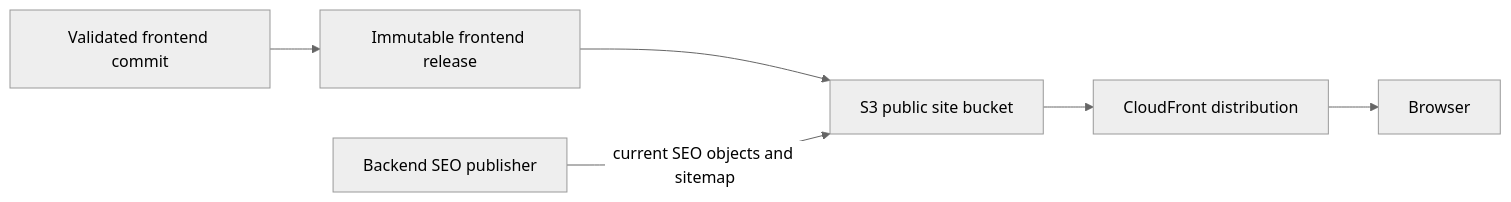
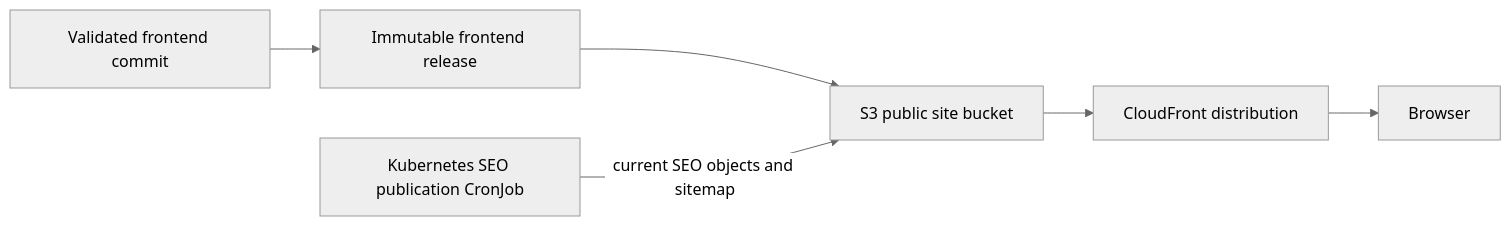
One commit to winrates-gg/wrgg-public-documentation changed the second of 3 diagrams in docs/frontend-delivery.md. Above: the diagram before and after it, drawn with Mermaid (neutral theme). The commit also changed other lines of this file, not shown here.

Commit message:
Clarified public site flow diagram

````diff
--- a/docs/frontend-delivery.md
+++ b/docs/frontend-delivery.md
@@ -81,15 +81,15 @@
 ```mermaid
 flowchart LR
     Commit[Validated frontend commit]
     Release[Immutable frontend release]
     S3[S3 public site bucket]
     CDN[CloudFront distribution]
     Browser[Browser]
-    SEO[Backend SEO publisher]
+    SEO[Kubernetes SEO publication CronJob]
 
     Commit --> Release
     Release --> S3
     S3 --> CDN
     CDN --> Browser
     SEO -->|current SEO objects and sitemap| S3
 ```
````
